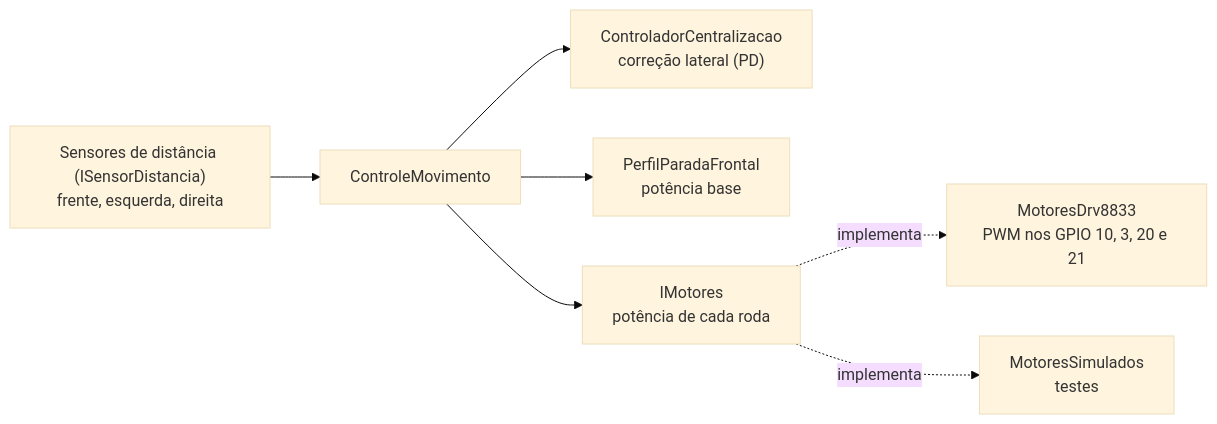
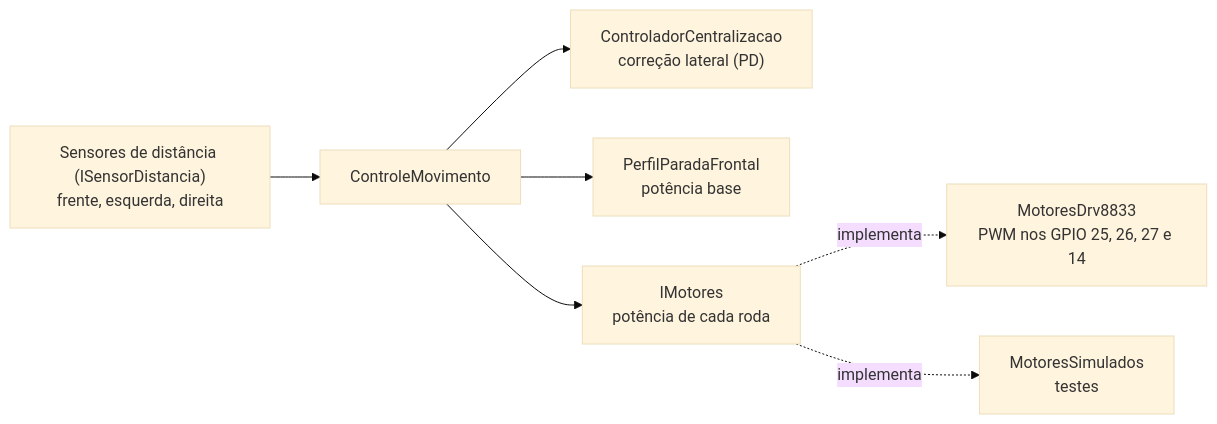
Before and after one commit to fcte-pi1/2026_2_PI1_Grupo01_Hilmer: diagram 14 of 22 in docs/04-projeto-conceitual/firmware.md, drawn with Mermaid (base theme). The commit also changed other lines of this file and 6 other files, not shown here.

````diff
--- a/docs/04-projeto-conceitual/firmware.md
+++ b/docs/04-projeto-conceitual/firmware.md
@@ -1097,9 +1100,9 @@
 ```mermaid
 flowchart LR
     sensores["Sensores de distância (ISensorDistancia)<br/>frente, esquerda, direita"] --> controle["ControleMovimento"]
     controle --> lateral["ControladorCentralizacao<br/>correção lateral (PD)"]
     controle --> frontal["PerfilParadaFrontal<br/>potência base"]
     controle --> motores["IMotores<br/>potência de cada roda"]
-    motores -. implementa .-> drv["MotoresDrv8833<br/>PWM nos GPIO 10, 3, 20 e 21"]
+    motores -. implementa .-> drv["MotoresDrv8833<br/>PWM nos GPIO 25, 26, 27 e 14"]
     motores -. implementa .-> sim["MotoresSimulados<br/>testes"]
 ```
````
